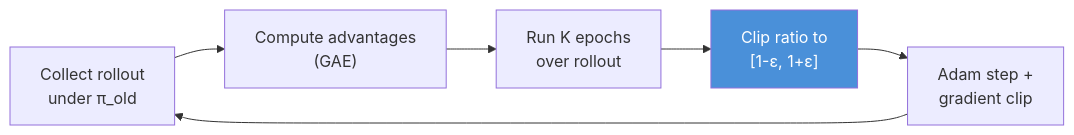
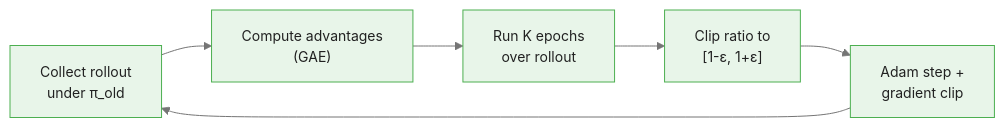
Before and after one commit to m-deane/course-creator: the diagram in courses/reinforcement-learning/modules/module_07_advanced_policy_optimization/guides/02_ppo_slides.md, drawn with Mermaid. The commit also changed other lines of this file and 131 other files, not shown here.

````diff
--- a/courses/reinforcement-learning/modules/module_07_advanced_policy_optimization/guides/02_ppo_slides.md
+++ b/courses/reinforcement-learning/modules/module_07_advanced_policy_optimization/guides/02_ppo_slides.md
@@ -373,9 +440,9 @@
 ```mermaid
+%%{init: {"theme": "base", "themeVariables": {"primaryColor": "#e8f5e9", "primaryBorderColor": "#4caf50", "primaryTextColor": "#212121", "secondaryColor": "#e3f2fd", "tertiaryColor": "#fff8e1", "lineColor": "#757575", "fontFamily": "Inter, sans-serif", "fontSize": "14px"}}}%%
 graph LR
     A["Collect rollout\nunder π_old"] --> B["Compute advantages\n(GAE)"]
     B --> C["Run K epochs\nover rollout"]
     C --> D["Clip ratio to\n[1-ε, 1+ε]"]
     D --> E["Adam step +\ngradient clip"]
     E --> A
-    style D fill:#4A90D9,color:#fff
 ```
````
